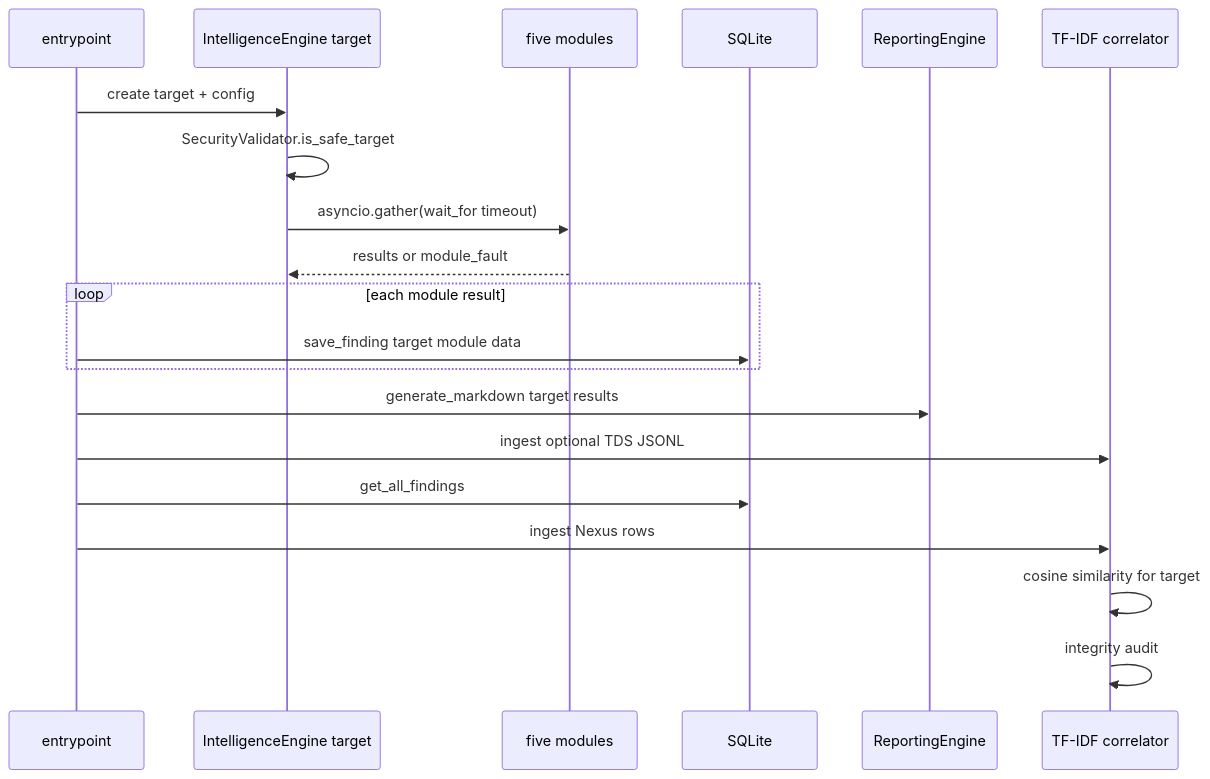
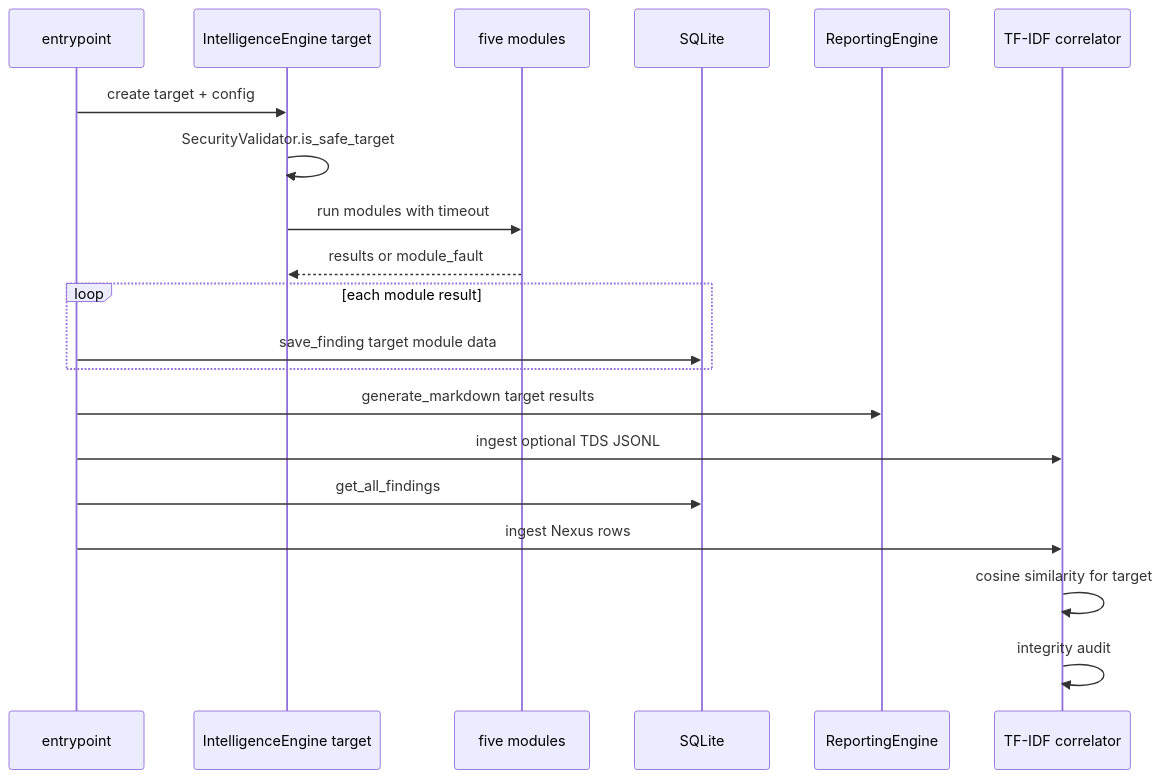
One commit to genesisgzdev/nexus-intelligence changed the second of 3 diagrams in docs/ARCHITECTURE.md. Above: the diagram before and after it, drawn with Mermaid. The commit also changed other lines of this file, not shown here.

Commit message:
Fix GitHub Mermaid diagrams

```diff
--- a/docs/ARCHITECTURE.md
+++ b/docs/ARCHITECTURE.md
@@ -33,22 +33,22 @@
 ~~~mermaid
 sequenceDiagram
     participant CLI as entrypoint
     participant E as IntelligenceEngine target
     participant M as five modules
     participant DB as SQLite
     participant R as ReportingEngine
     participant V as TF-IDF correlator
     CLI->>E: create target + config
     E->>E: SecurityValidator.is_safe_target
-    E->>M: asyncio.gather(wait_for timeout)
+    E->>M: run modules with timeout
     M-->>E: results or module_fault
     loop each module result
       CLI->>DB: save_finding target module data
     end
     CLI->>R: generate_markdown target results
     CLI->>V: ingest optional TDS JSONL
     CLI->>DB: get_all_findings
     CLI->>V: ingest Nexus rows
     V->>V: cosine similarity for target
     V->>V: integrity audit
 ~~~
```
